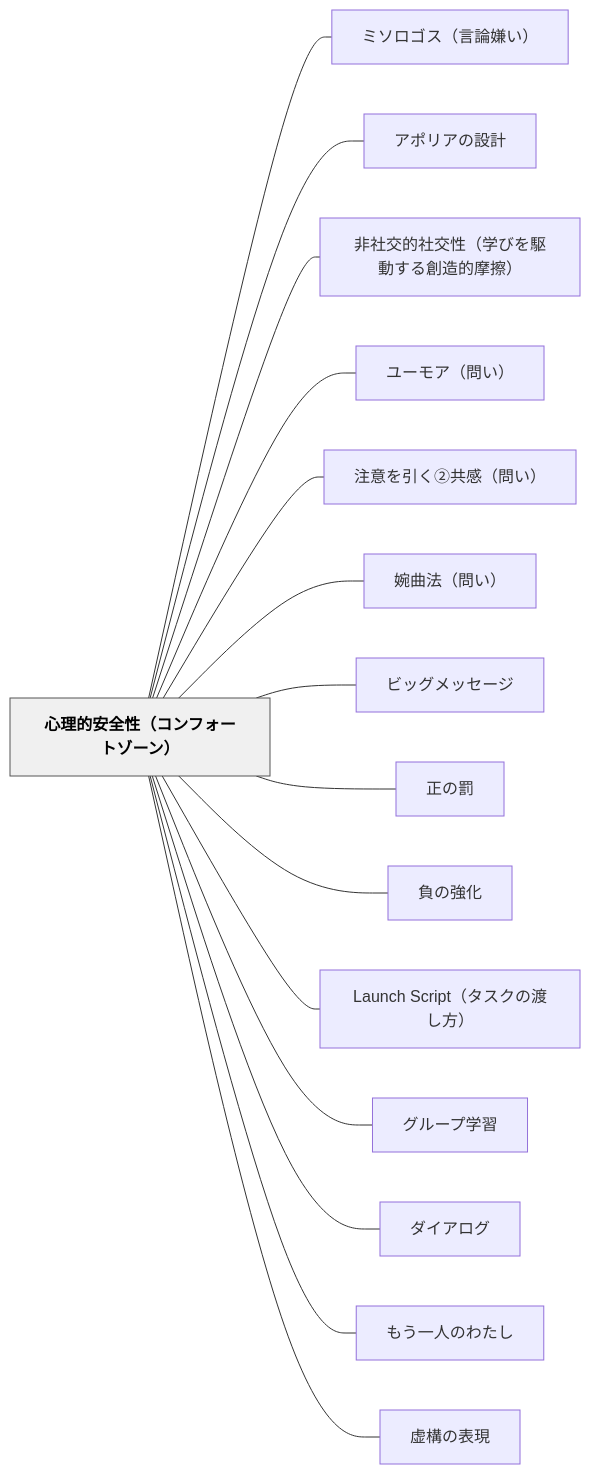
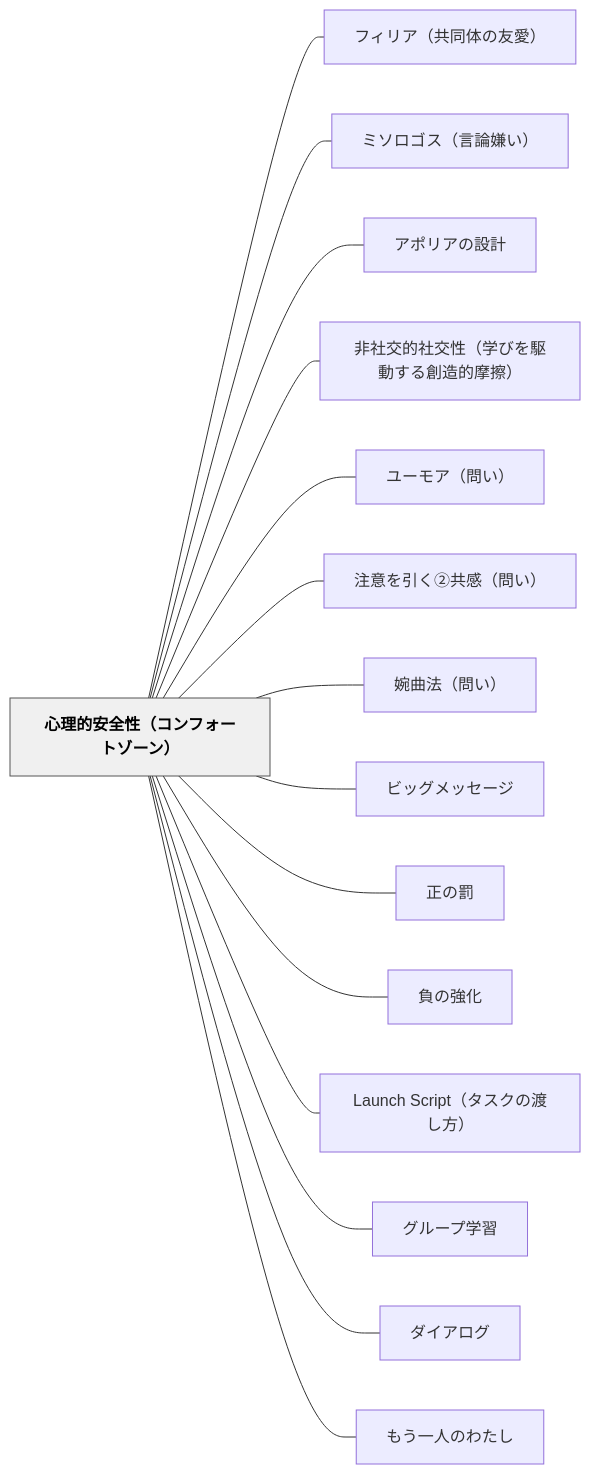
One commit to unknownthings-ed-patterns/unknownthings-ed-patterns changed the diagram in content/パタン/心理的安全性（コンフォートゾーン）.md. Above: the diagram before and after it, drawn with Mermaid. The commit also changed other lines of this file and 19 other files, not shown here.

````diff
--- a/content/パタン/心理的安全性（コンフォートゾーン）.md
+++ b/content/パタン/心理的安全性（コンフォートゾーン）.md
@@ -69,36 +69,36 @@
 ```mermaid
 flowchart LR
     ne5bf83e79086e79a84e5ae89e585a8e680a7efbc88e382b3e383b3e38395e382a9e383bce38388e382bee383bce383b3efbc89["心理的安全性（コンフォートゾーン）"]
+    ne38395e382a3e383aae382a2efbc88e585b1e5908ce4bd93e381aee58f8be6849befbc89["フィリア（共同体の友愛）"]
     ne3839fe382bde383ade382b4e382b9efbc88e8a880e8ab96e5ab8ce38184efbc89["ミソロゴス（言論嫌い）"]
     ne382a2e3839de383aae382a2e381aee8a8ade8a888["アポリアの設計"]
     ne99d9ee7a4bee4baa4e79a84e7a4bee4baa4e680a7efbc88e5ada6e381b3e38292e9a786e58b95e38199e3828be589b5e980a0e79a84e691a9e693a6efbc89["非社交的社交性（学びを駆動する創造的摩擦）"]
     ne383a6e383bce383a2e382a2efbc88e5958fe38184efbc89["ユーモア（問い）"]
     ne6b3a8e6848fe38292e5bc95e3818fe291a1e585b1e6849fefbc88e5958fe38184efbc89["注意を引く②共感（問い）"]
     ne5a989e69bb2e6b395efbc88e5958fe38184efbc89["婉曲法（問い）"]
     ne38393e38383e382b0e383a1e38383e382bbe383bce382b8["ビッグメッセージ"]
     ne6ada3e381aee7bdb0["正の罰"]
     ne8b2a0e381aee5bcb7e58c96["負の強化"]
     n4c61756e636820536372697074efbc88e382bfe382b9e382afe381aee6b8a1e38197e696b9efbc89["Launch Script（タスクの渡し方）"]
     ne382b0e383abe383bce38397e5ada6e7bf92["グループ学習"]
     ne38380e382a4e382a2e383ade382b0["ダイアログ"]
     ne38282e38186e4b880e4babae381aee3828fe3819fe38197["もう一人のわたし"]
-    ne8999ae6a78be381aee8a1a8e78fbe["虚構の表現"]
 
+    ne5bf83e79086e79a84e5ae89e585a8e680a7efbc88e382b3e383b3e38395e382a9e383bce38388e382bee383bce383b3efbc89 --- ne38395e382a3e383aae382a2efbc88e585b1e5908ce4bd93e381aee58f8be6849befbc89
     ne5bf83e79086e79a84e5ae89e585a8e680a7efbc88e382b3e383b3e38395e382a9e383bce38388e382bee383bce383b3efbc89 --- ne3839fe382bde383ade382b4e382b9efbc88e8a880e8ab96e5ab8ce38184efbc89
     ne5bf83e79086e79a84e5ae89e585a8e680a7efbc88e382b3e383b3e38395e382a9e383bce38388e382bee383bce383b3efbc89 --- ne382a2e3839de383aae382a2e381aee8a8ade8a888
     ne5bf83e79086e79a84e5ae89e585a8e680a7efbc88e382b3e383b3e38395e382a9e383bce38388e382bee383bce383b3efbc89 --- ne99d9ee7a4bee4baa4e79a84e7a4bee4baa4e680a7efbc88e5ada6e381b3e38292e9a786e58b95e38199e3828be589b5e980a0e79a84e691a9e693a6efbc89
     ne5bf83e79086e79a84e5ae89e585a8e680a7efbc88e382b3e383b3e38395e382a9e383bce38388e382bee383bce383b3efbc89 --- ne383a6e383bce383a2e382a2efbc88e5958fe38184efbc89
     ne5bf83e79086e79a84e5ae89e585a8e680a7efbc88e382b3e383b3e38395e382a9e383bce38388e382bee383bce383b3efbc89 --- ne6b3a8e6848fe38292e5bc95e3818fe291a1e585b1e6849fefbc88e5958fe38184efbc89
     ne5bf83e79086e79a84e5ae89e585a8e680a7efbc88e382b3e383b3e38395e382a9e383bce38388e382bee383bce383b3efbc89 --- ne5a989e69bb2e6b395efbc88e5958fe38184efbc89
     ne5bf83e79086e79a84e5ae89e585a8e680a7efbc88e382b3e383b3e38395e382a9e383bce38388e382bee383bce383b3efbc89 --- ne38393e38383e382b0e383a1e38383e382bbe383bce382b8
     ne5bf83e79086e79a84e5ae89e585a8e680a7efbc88e382b3e383b3e38395e382a9e383bce38388e382bee383bce383b3efbc89 --- ne6ada3e381aee7bdb0
     ne5bf83e79086e79a84e5ae89e585a8e680a7efbc88e382b3e383b3e38395e382a9e383bce38388e382bee383bce383b3efbc89 --- ne8b2a0e381aee5bcb7e58c96
     ne5bf83e79086e79a84e5ae89e585a8e680a7efbc88e382b3e383b3e38395e382a9e383bce38388e382bee383bce383b3efbc89 --- n4c61756e636820536372697074efbc88e382bfe382b9e382afe381aee6b8a1e38197e696b9efbc89
     ne5bf83e79086e79a84e5ae89e585a8e680a7efbc88e382b3e383b3e38395e382a9e383bce38388e382bee383bce383b3efbc89 --- ne382b0e383abe383bce38397e5ada6e7bf92
     ne5bf83e79086e79a84e5ae89e585a8e680a7efbc88e382b3e383b3e38395e382a9e383bce38388e382bee383bce383b3efbc89 --- ne38380e382a4e382a2e383ade382b0
     ne5bf83e79086e79a84e5ae89e585a8e680a7efbc88e382b3e383b3e38395e382a9e383bce38388e382bee383bce383b3efbc89 --- ne38282e38186e4b880e4babae381aee3828fe3819fe38197
-    ne5bf83e79086e79a84e5ae89e585a8e680a7efbc88e382b3e383b3e38395e382a9e383bce38388e382bee383bce383b3efbc89 --- ne8999ae6a78be381aee8a1a8e78fbe
 
     classDef hub fill:#f0f0f0,stroke:#555,color:#000,font-weight:bold
     class ne5bf83e79086e79a84e5ae89e585a8e680a7efbc88e382b3e383b3e38395e382a9e383bce38388e382bee383bce383b3efbc89 hub
 ```
````
